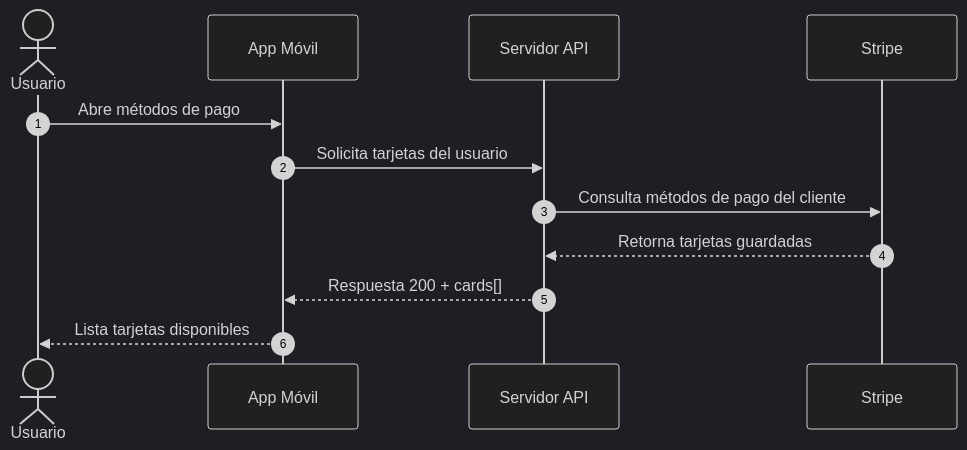
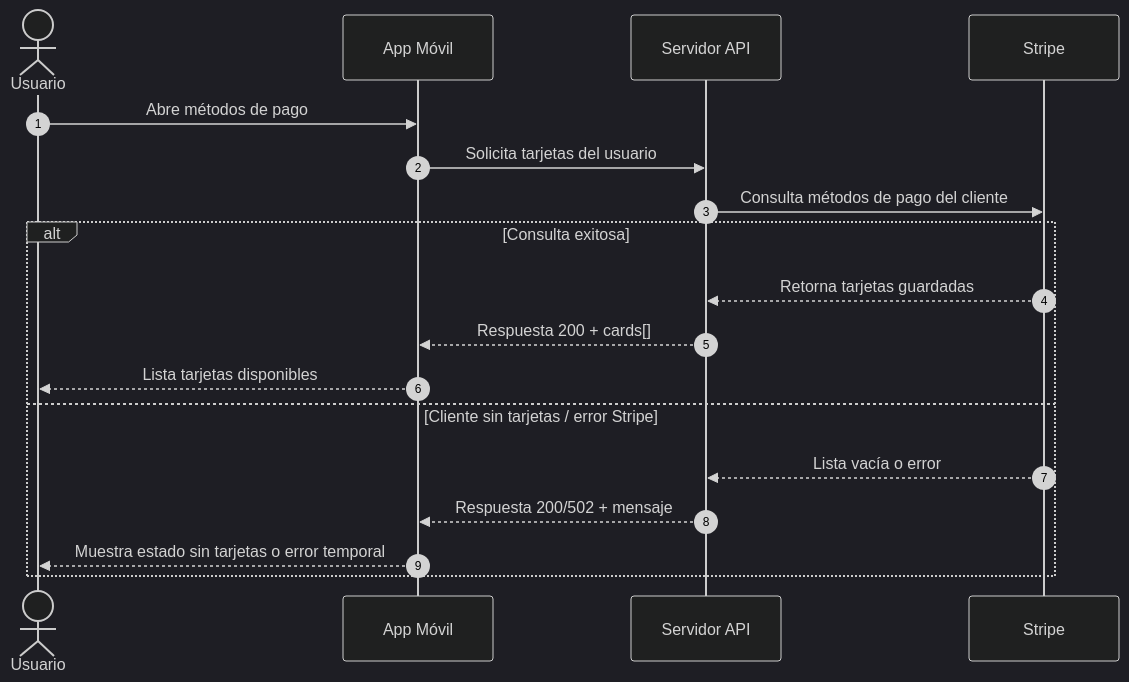
The sixth of 12 diagrams in docs/SEQUENCE_DIAGRAMS.md (asobrados03/HumanPerformApp), drawn with Mermaid (dark theme) before and after one commit. The commit also changed other lines of this file, not shown here.

Commit message:
docs: agrega unhappy paths en diagramas de secuencia

````diff
--- a/docs/SEQUENCE_DIAGRAMS.md
+++ b/docs/SEQUENCE_DIAGRAMS.md
@@ -99,15 +129,21 @@
 ```mermaid
 sequenceDiagram
     autonumber
     actor U as Usuario
     participant APP as App Móvil
     participant API as Servidor API
     participant STRIPE as Stripe
 
     U->>APP: Abre métodos de pago
     APP->>API: Solicita tarjetas del usuario
     API->>STRIPE: Consulta métodos de pago del cliente
-    STRIPE-->>API: Retorna tarjetas guardadas
-    API-->>APP: Respuesta 200 + cards[]
-    APP-->>U: Lista tarjetas disponibles
+    alt Consulta exitosa
+        STRIPE-->>API: Retorna tarjetas guardadas
+        API-->>APP: Respuesta 200 + cards[]
+        APP-->>U: Lista tarjetas disponibles
+    else Cliente sin tarjetas / error Stripe
+        STRIPE-->>API: Lista vacía o error
+        API-->>APP: Respuesta 200/502 + mensaje
+        APP-->>U: Muestra estado sin tarjetas o error temporal
+    end
 ```
````
